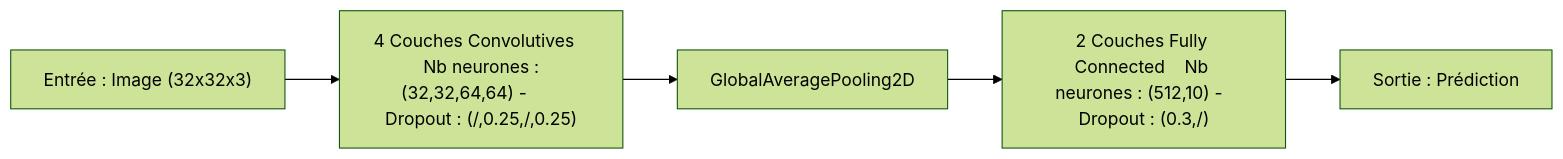
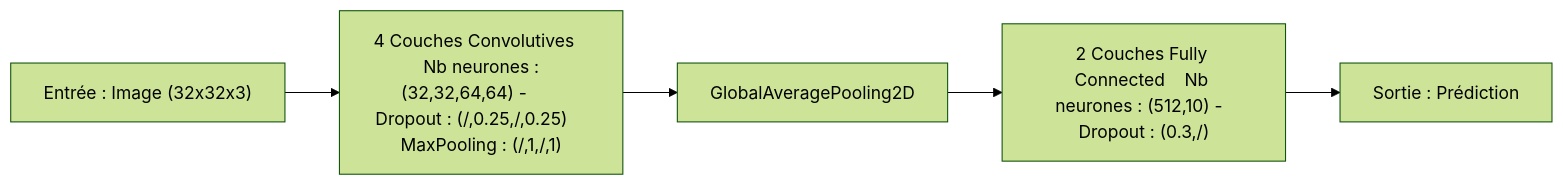
One commit to PaulGuillemin/embedded-AI-CIFAR-10 changed the sixth of 10 diagrams in README.md. Above: the diagram before and after it, drawn with Mermaid (forest theme). The commit also changed other lines of this file, not shown here.

````diff
--- a/README.md
+++ b/README.md
@@ -216,7 +216,7 @@
 ```mermaid
 flowchart LR
-    A["Entrée : Image (32x32x3)"] --> B["4 Couches Convolutives    Nb neurones : (32,32,64,64) -       Dropout : (/,0.25,/,0.25)"]
+    A["Entrée : Image (32x32x3)"] --> B["4 Couches Convolutives    Nb neurones : (32,32,64,64) -       Dropout : (/,0.25,/,0.25)    MaxPooling : (/,1,/,1)"]
     B --> C["GlobalAveragePooling2D"]
     C --> D["2 Couches Fully Connected    Nb neurones : (512,10) -  Dropout : (0.3,/)"]
     D --> E["Sortie : Prédiction"]
 ```
````
